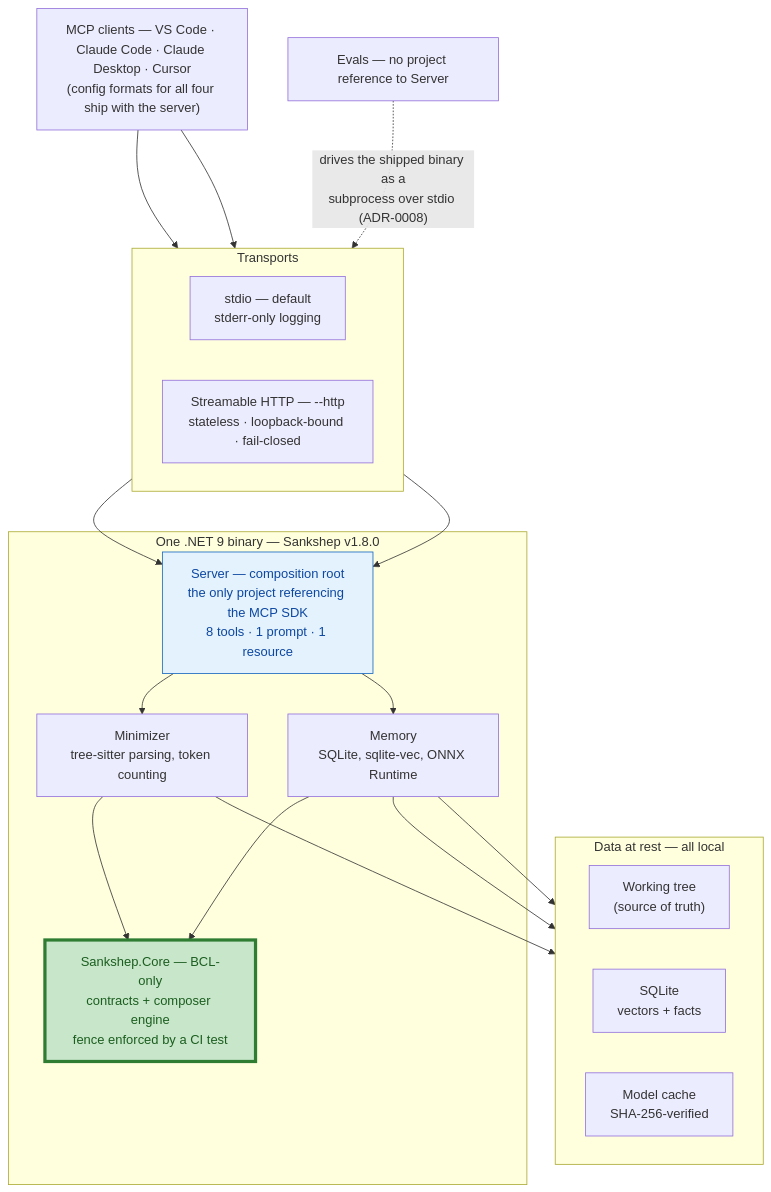
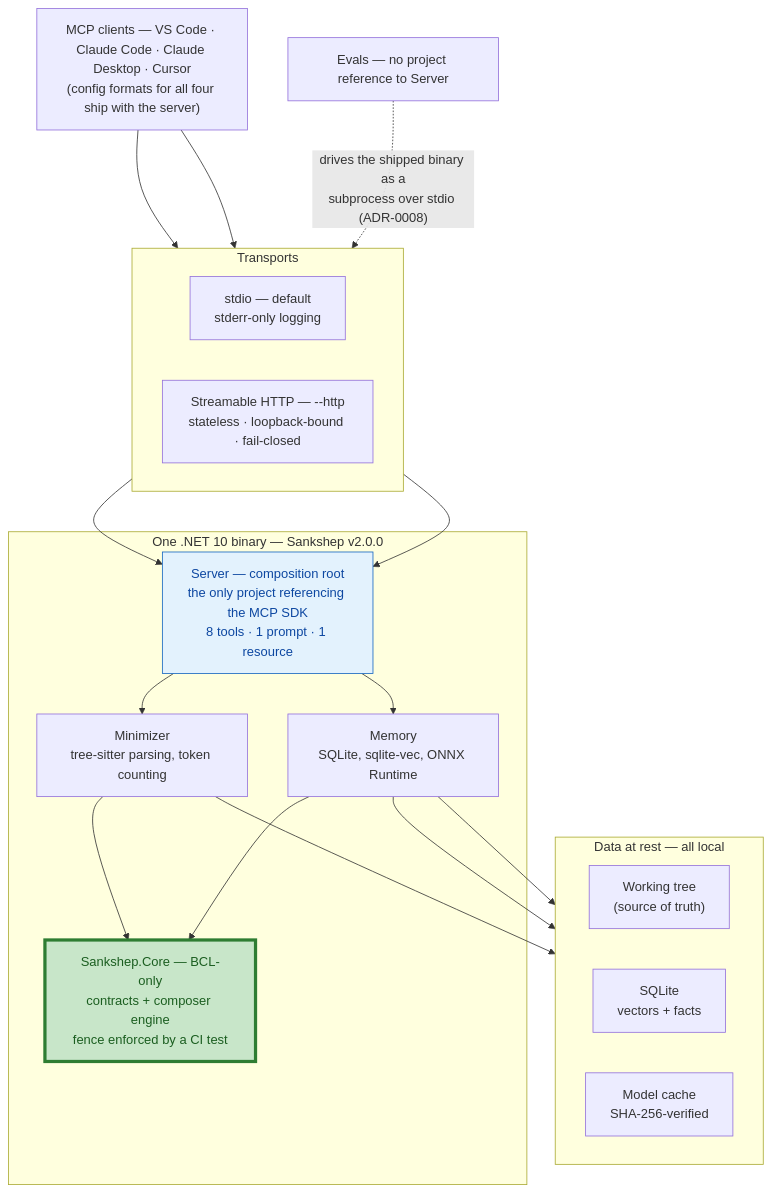
The first of 3 diagrams in docs/part5-capstone/architecture.md (nitinpawar28/AI-learn), drawn with Mermaid before and after one commit. The commit also changed other lines of this file and 11 other files, not shown here.

````diff
--- a/docs/part5-capstone/architecture.md
+++ b/docs/part5-capstone/architecture.md
@@ -23,39 +23,39 @@
 ```mermaid
 flowchart TB
     IDE["MCP clients — VS Code · Claude Code · Claude Desktop · Cursor<br/>(config formats for all four ship with the server)"]
     subgraph TRANS["Transports"]
         direction LR
         STDIO["stdio — default<br/>stderr-only logging"]
         HTTP["Streamable HTTP — --http<br/>stateless · loopback-bound · fail-closed"]
     end
-    subgraph BIN["One .NET 9 binary — Sankshep v1.8.0"]
+    subgraph BIN["One .NET 10 binary — Sankshep v2.0.0"]
         SRV["Server — composition root<br/>the only project referencing the MCP SDK<br/>8 tools · 1 prompt · 1 resource"]
         MIN["Minimizer<br/>tree-sitter parsing, token counting"]
         MEM["Memory<br/>SQLite, sqlite-vec, ONNX Runtime"]
         CORE["Sankshep.Core — BCL-only<br/>contracts + composer engine<br/>fence enforced by a CI test"]
         SRV --> MIN
         SRV --> MEM
         MIN --> CORE
         MEM --> CORE
     end
     subgraph STORES["Data at rest — all local"]
         direction LR
         WT["Working tree<br/>(source of truth)"]
         DB["SQLite<br/>vectors + facts"]
         MC["Model cache<br/>SHA-256-verified"]
     end
     EV["Evals — no project reference to Server"]
     IDE --> STDIO
     IDE --> HTTP
     STDIO --> SRV
     HTTP --> SRV
     MIN --> WT
     MEM --> DB
     MEM --> MC
     EV -. "drives the shipped binary as a<br/>subprocess over stdio (ADR-0008)" .-> STDIO
 
     classDef fence fill:#c8e6c9,stroke:#2e7d32,stroke-width:4px,color:#1b5e20;
     classDef edge fill:#e3f2fd,stroke:#1565c0,color:#0d47a1;
     class CORE fence;
     class SRV edge;
 ```
````
